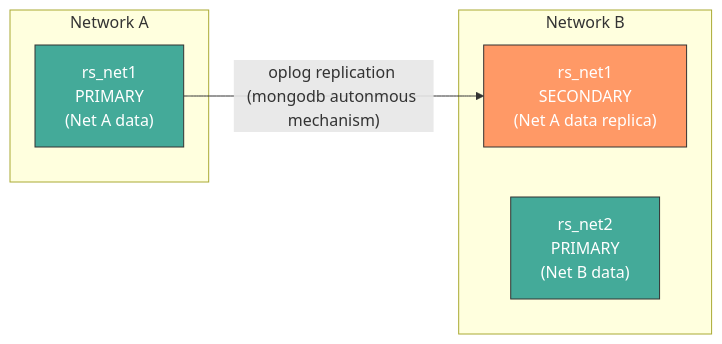
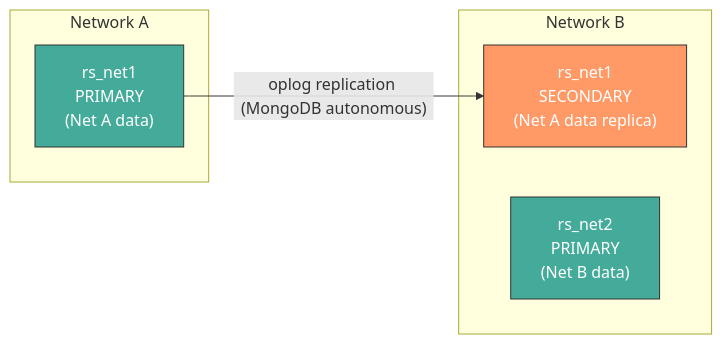
Before and after one commit to poioe20p/efficient-storage-in-edge-scenarios: the fourth of 7 diagrams in docs/operation/system_mechanisms.md, drawn with Mermaid. The commit also changed other lines of this file and 47 other files, not shown here.

````diff
--- a/docs/operation/system_mechanisms.md
+++ b/docs/operation/system_mechanisms.md
@@ -206,16 +285,16 @@
 ```mermaid
 graph LR
     subgraph Network A
         RS1_P3["rs_net1<br/>PRIMARY<br/>(Net A data)"]
     end
     subgraph Network B
         RS1_S["rs_net1<br/>SECONDARY<br/>(Net A data replica)"]
         RS2_P3["rs_net2<br/>PRIMARY<br/>(Net B data)"]
     end
 
-    RS1_P3 -->|"oplog replication (mongodb autonmous mechanism)"| RS1_S
+    RS1_P3 -->|"oplog replication (MongoDB autonomous)"| RS1_S
 
     style RS1_P3 fill:#4a9,stroke:#333,color:#fff
     style RS1_S fill:#f96,stroke:#333,color:#fff
     style RS2_P3 fill:#4a9,stroke:#333,color:#fff
 ```
````
